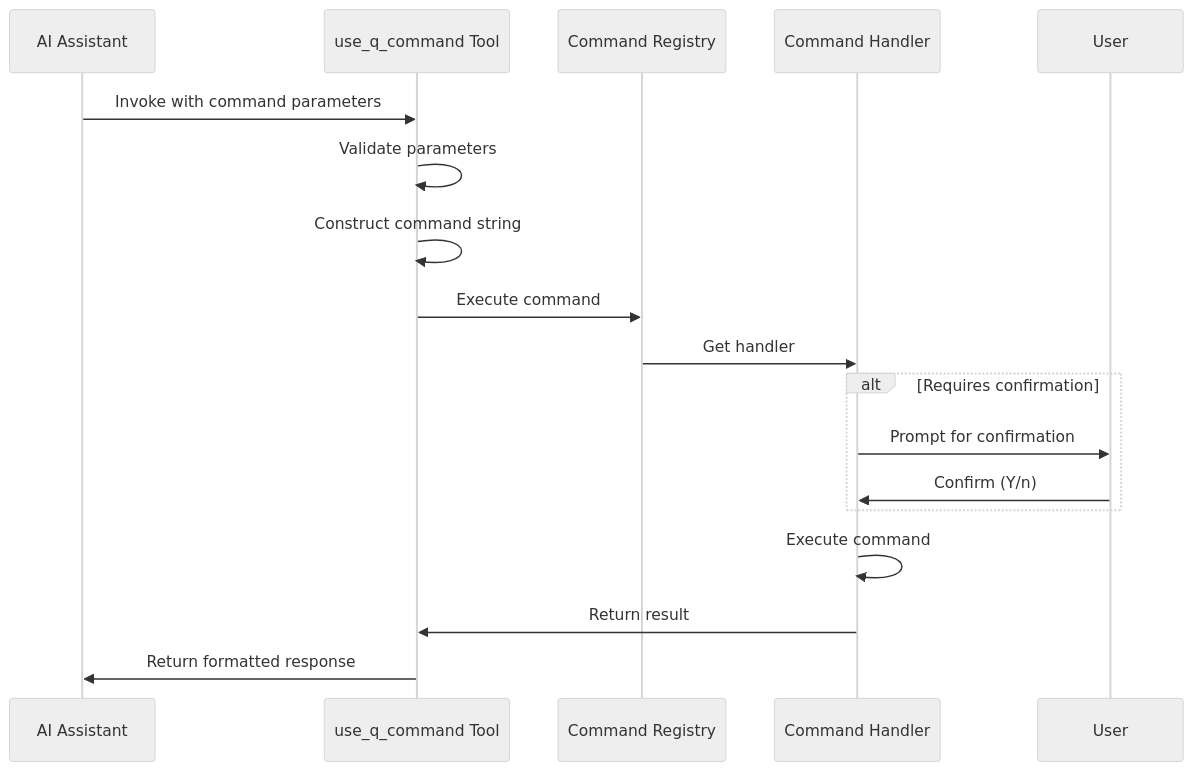
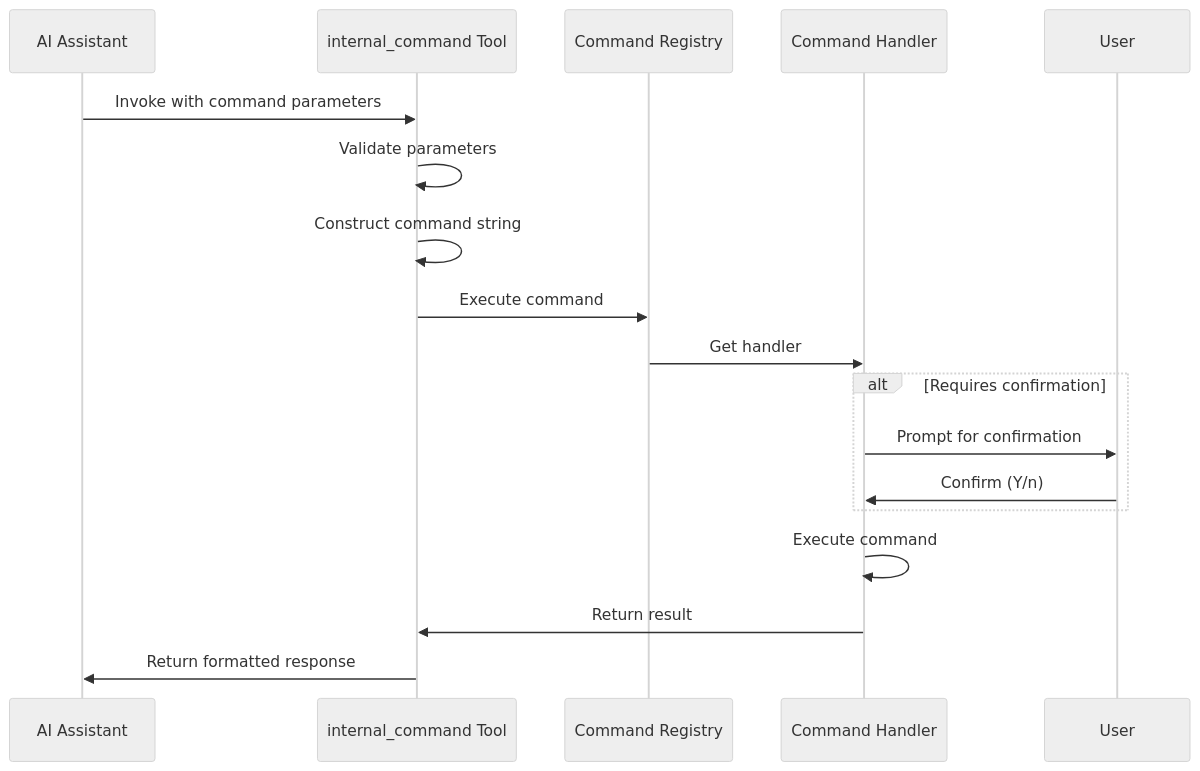
Before and after one commit to aws/amazon-q-developer-cli: the fifth of 6 diagrams in docs/development/command-execution-flow.md, drawn with Mermaid (neutral theme). The commit also changed other lines of this file and 9 other files, not shown here.

First line of the commit message:
Add tests for ChatState flow in internal_command tool

````diff
--- a/docs/development/command-execution-flow.md
+++ b/docs/development/command-execution-flow.md
@@ -168,23 +168,23 @@
 ```mermaid
 sequenceDiagram
     participant AI as AI Assistant
-    participant Tool as use_q_command Tool
+    participant Tool as internal_command Tool
     participant Registry as Command Registry
     participant Handler as Command Handler
     participant User
 
     AI->>Tool: Invoke with command parameters
     Tool->>Tool: Validate parameters
     Tool->>Tool: Construct command string
     Tool->>Registry: Execute command
     Registry->>Handler: Get handler
     
     alt Requires confirmation
         Handler->>User: Prompt for confirmation
         User->>Handler: Confirm (Y/n)
     end
     
     Handler->>Handler: Execute command
     Handler->>Tool: Return result
     Tool->>AI: Return formatted response
 ```
````
